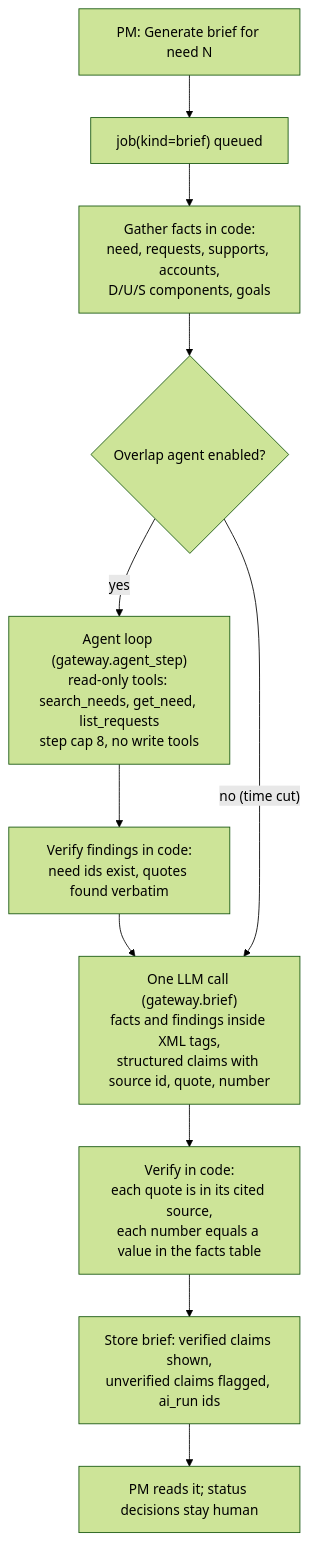
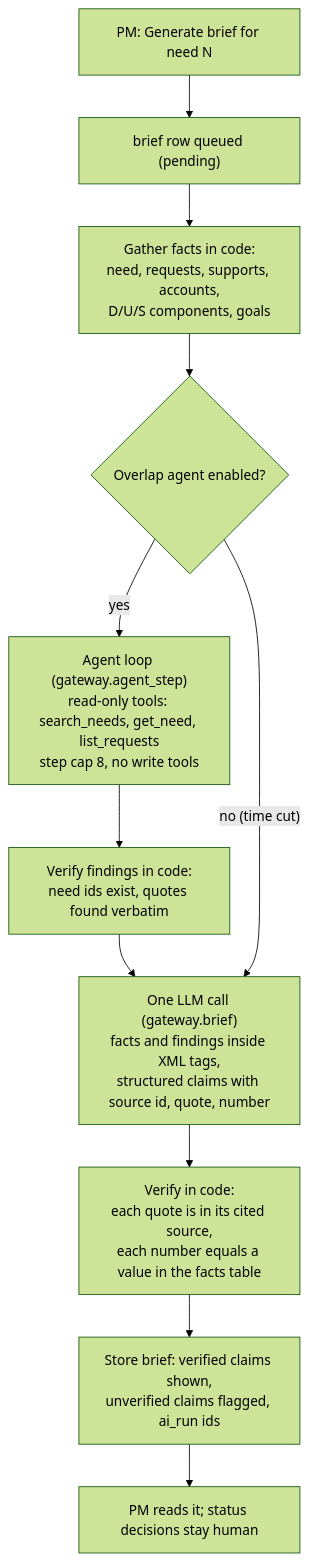
The third of 3 diagrams in docs/architecture.md (ROBERTG99/MetaCTO-Assignment), drawn with Mermaid (forest theme) before and after one commit. The commit also changed other lines of this file and 42 other files, not shown here.

````diff
--- a/docs/architecture.md
+++ b/docs/architecture.md
@@ -94,13 +96,13 @@
 ```mermaid
 flowchart TD
-  A["PM: Generate brief for need N"] --> B["job(kind=brief) queued"]
+  A["PM: Generate brief for need N"] --> B["brief row queued (pending)"]
   B --> C["Gather facts in code:<br/>need, requests, supports, accounts,<br/>D/U/S components, goals"]
   C --> D{"Overlap agent enabled?"}
   D -- yes --> E["Agent loop (gateway.agent_step)<br/>read-only tools: search_needs, get_need, list_requests<br/>step cap 8, no write tools"]
   E --> F["Verify findings in code:<br/>need ids exist, quotes found verbatim"]
   F --> G
   D -- "no (time cut)" --> G["One LLM call (gateway.brief)<br/>facts and findings inside XML tags,<br/>structured claims with source id, quote, number"]
   G --> H["Verify in code:<br/>each quote is in its cited source,<br/>each number equals a value in the facts table"]
   H --> I["Store brief: verified claims shown,<br/>unverified claims flagged, ai_run ids"]
   I --> J["PM reads it; status decisions stay human"]
 ```
````
